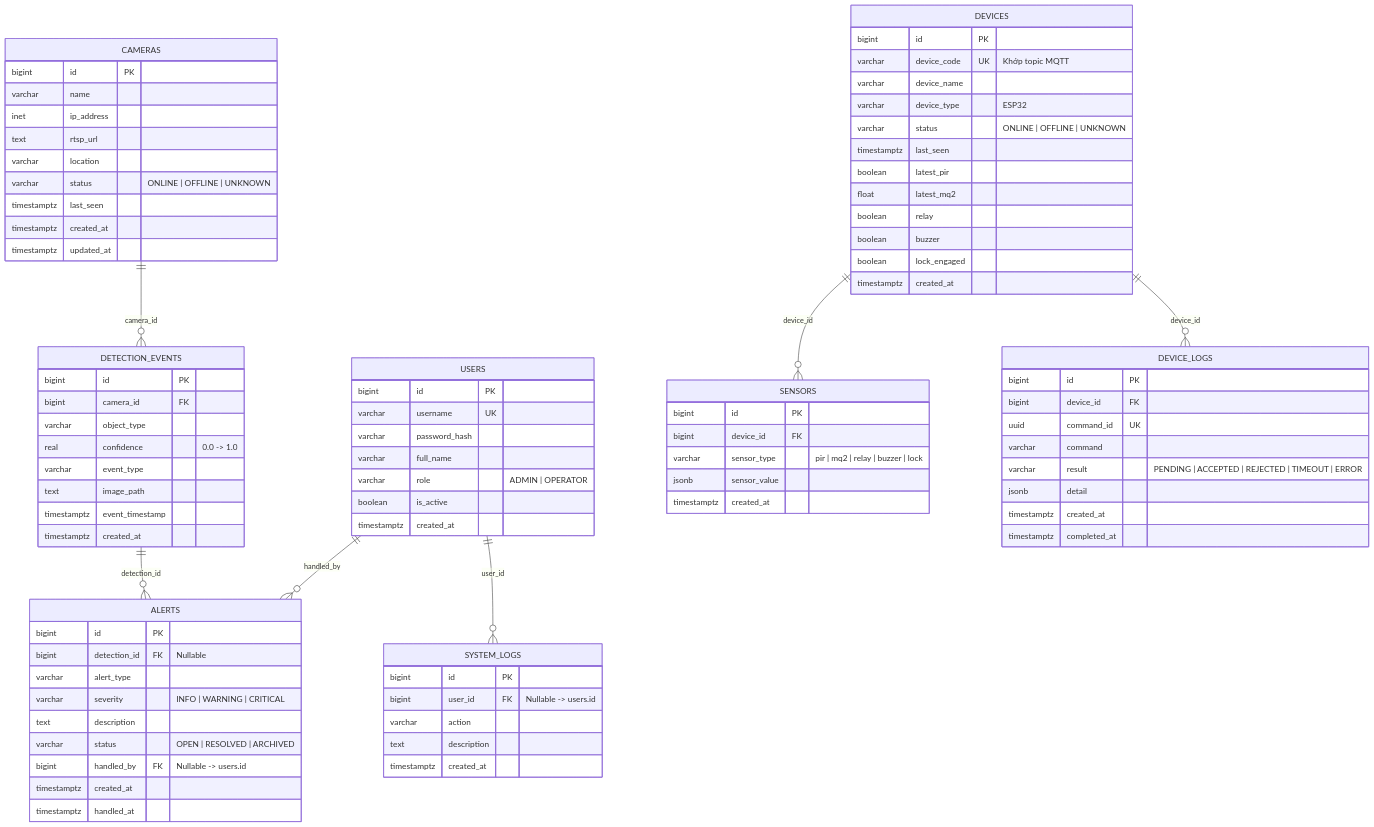
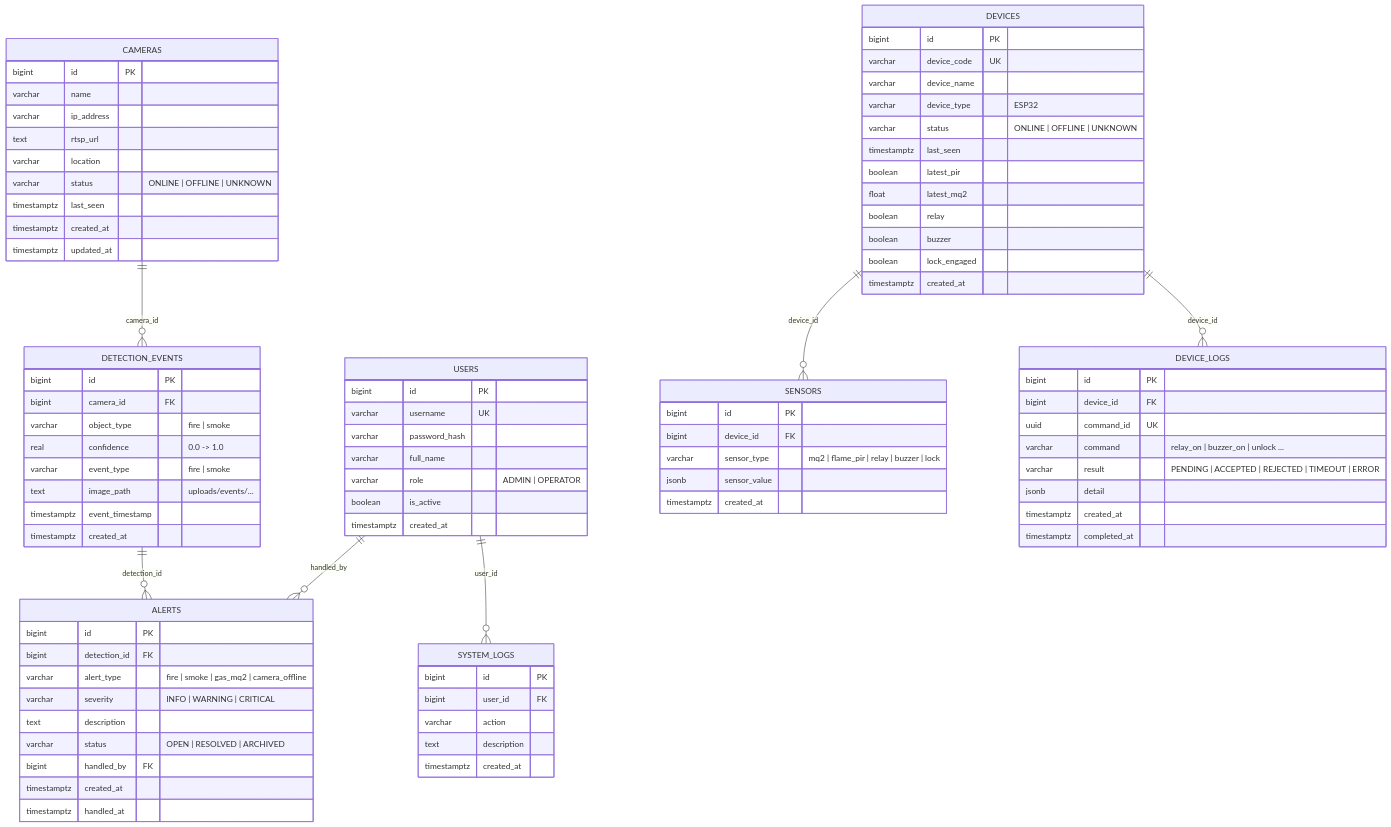
Before and after one commit to LuongBaoLoc/security-monitoring-system: the diagram in docs/DATABASE_DOCUMENTATION.md, drawn with Mermaid. The commit also changed other lines of this file and 42 other files, not shown here.

```diff
--- a/docs/DATABASE_DOCUMENTATION.md
+++ b/docs/DATABASE_DOCUMENTATION.md
@@ -24,7 +28,7 @@
     CAMERAS {
         bigint id PK
         varchar name
-        inet ip_address
+        varchar ip_address
         text rtsp_url
         varchar location
         varchar status "ONLINE | OFFLINE | UNKNOWN"
@@ -35,7 +39,7 @@
 
     DEVICES {
         bigint id PK
-        varchar device_code UK "Khớp topic MQTT"
+        varchar device_code UK
         varchar device_name
         varchar device_type "ESP32"
         varchar status "ONLINE | OFFLINE | UNKNOWN"
@@ -51,7 +55,7 @@
     SENSORS {
         bigint id PK
         bigint device_id FK
-        varchar sensor_type "pir | mq2 | relay | buzzer | lock"
+        varchar sensor_type "mq2 | flame_pir | relay | buzzer | lock"
         jsonb sensor_value
         timestamptz created_at
     }
@@ -59,22 +63,22 @@
     DETECTION_EVENTS {
         bigint id PK
         bigint camera_id FK
-        varchar object_type
+        varchar object_type "fire | smoke"
         real confidence "0.0 -> 1.0"
-        varchar event_type
-        text image_path
+        varchar event_type "fire | smoke"
+        text image_path "uploads/events/..."
         timestamptz event_timestamp
         timestamptz created_at
     }
 
     ALERTS {
         bigint id PK
-        bigint detection_id FK "Nullable"
-        varchar alert_type
+        bigint detection_id FK
+        varchar alert_type "fire | smoke | gas_mq2 | camera_offline"
         varchar severity "INFO | WARNING | CRITICAL"
         text description
         varchar status "OPEN | RESOLVED | ARCHIVED"
-        bigint handled_by FK "Nullable -> users.id"
+        bigint handled_by FK
         timestamptz created_at
         timestamptz handled_at
     }
@@ -83,7 +87,7 @@
         bigint id PK
         bigint device_id FK
         uuid command_id UK
-        varchar command
+        varchar command "relay_on | buzzer_on | unlock ..."
         varchar result "PENDING | ACCEPTED | REJECTED | TIMEOUT | ERROR"
         jsonb detail
         timestamptz created_at
@@ -92,7 +96,7 @@
 
     SYSTEM_LOGS {
         bigint id PK
-        bigint user_id FK "Nullable -> users.id"
+        bigint user_id FK
         varchar action
         text description
         timestamptz created_at
```
